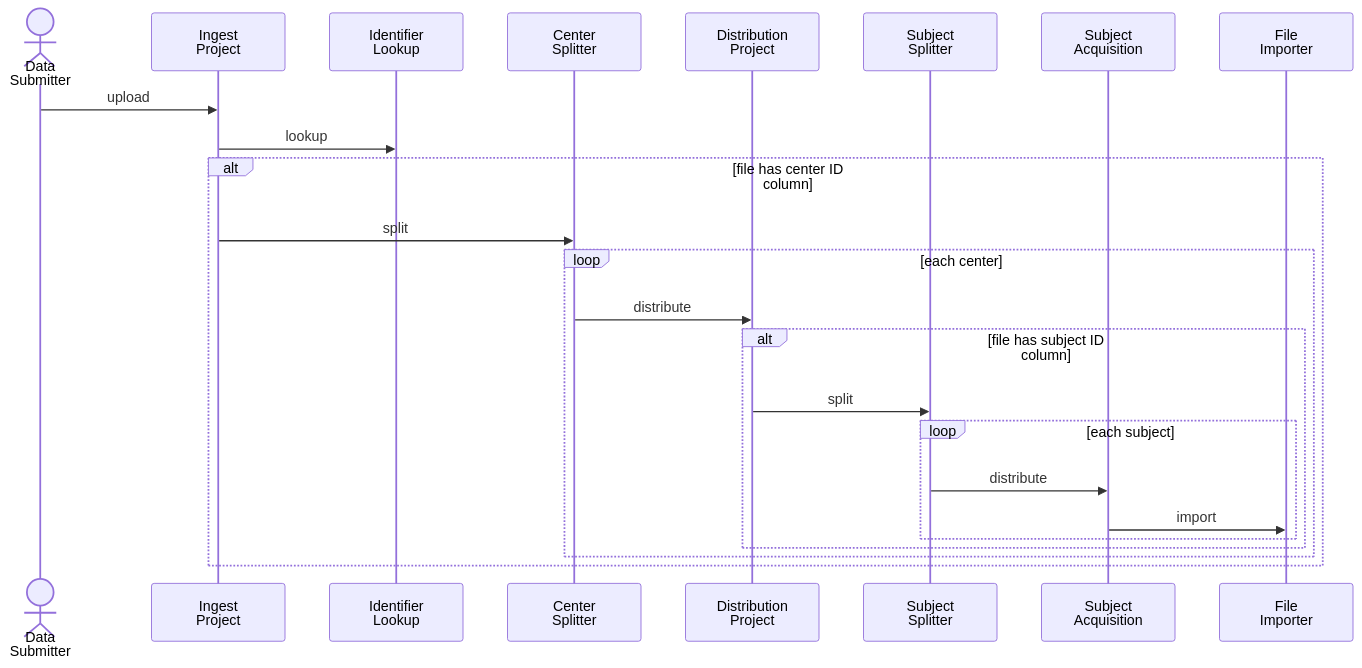
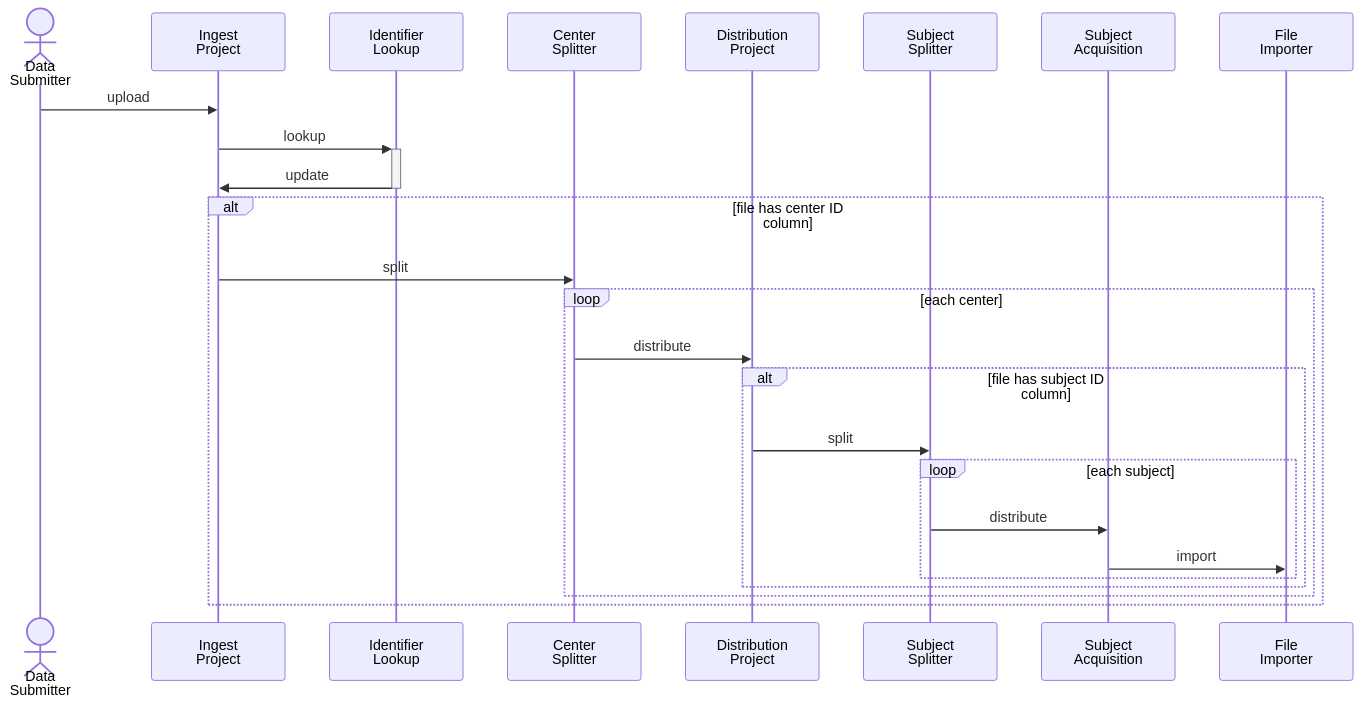
Before and after one commit to naccdata/flywheel-gear-extensions: the first of 4 diagrams in docs/processes/csv_pipeline.md, drawn with Mermaid.

Commit message:
Add activation

````diff
--- a/docs/processes/csv_pipeline.md
+++ b/docs/processes/csv_pipeline.md
@@ -18,27 +18,28 @@
 ```mermaid
 sequenceDiagram
     actor source as Data<br/>Submitter
     participant ingest as Ingest<br/>Project
     participant lookup as Identifier<br/>Lookup
     participant csplitter as Center<br/>Splitter
     participant distribution as Distribution<br/>Project
     participant ssplitter as Subject<br/>Splitter
     participant subject as Subject<br/>Acquisition
     participant importer as File<br/>Importer
 
     source ->> ingest: upload
-    ingest ->> lookup: lookup
+    ingest ->>+ lookup: lookup
+    lookup ->>- ingest: update
     alt file has center ID column
        ingest ->> csplitter: split
        loop each center
           csplitter ->> distribution: distribute
           alt file has subject ID column
           distribution ->> ssplitter: split
              loop each subject
                 ssplitter ->> subject: distribute
                 subject ->> importer: import
               end
           end
        end
     end
 ```
````
